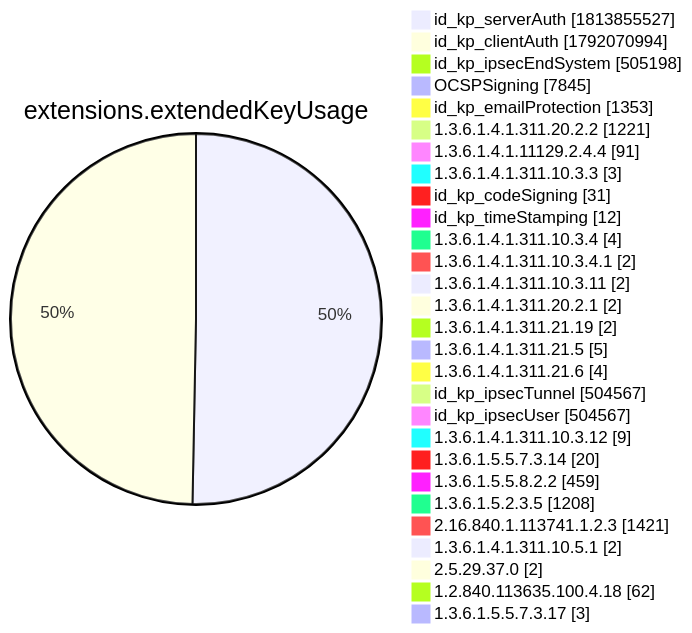
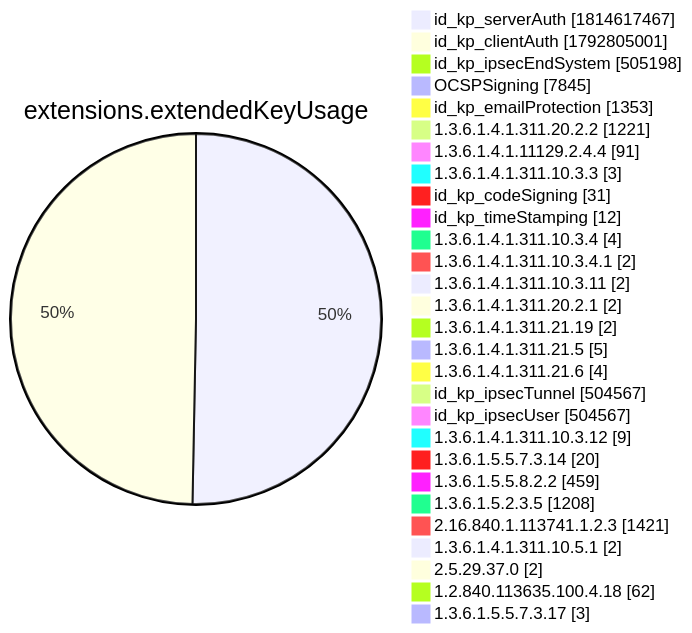
Diagram 12 of 15 in xenon2022/README.md (christiankrug/ctmonitor_visualization), drawn with Mermaid before and after one commit. The commit also changed other lines of this file, not shown here.

````diff
--- a/xenon2022/README.md
+++ b/xenon2022/README.md
@@ -3895,32 +3895,32 @@
 ```mermaid
 pie showData
 title extensions.extendedKeyUsage
-"id_kp_serverAuth" :1813855527
-"id_kp_clientAuth" :1792070994
+"id_kp_serverAuth" :1814617467
+"id_kp_clientAuth" :1792805001
 "id_kp_ipsecEndSystem" :505198
 "OCSPSigning" :7845
 "id_kp_emailProtection" :1353
 "1.3.6.1.4.1.311.20.2.2" :1221
 "1.3.6.1.4.1.11129.2.4.4" :91
 "1.3.6.1.4.1.311.10.3.3" :3
 "id_kp_codeSigning" :31
 "id_kp_timeStamping" :12
 "1.3.6.1.4.1.311.10.3.4" :4
 "1.3.6.1.4.1.311.10.3.4.1" :2
 "1.3.6.1.4.1.311.10.3.11" :2
 "1.3.6.1.4.1.311.20.2.1" :2
 "1.3.6.1.4.1.311.21.19" :2
 "1.3.6.1.4.1.311.21.5" :5
 "1.3.6.1.4.1.311.21.6" :4
 "id_kp_ipsecTunnel" :504567
 "id_kp_ipsecUser" :504567
 "1.3.6.1.4.1.311.10.3.12" :9
 "1.3.6.1.5.5.7.3.14" :20
 "1.3.6.1.5.5.8.2.2" :459
 "1.3.6.1.5.2.3.5" :1208
 "2.16.840.1.113741.1.2.3" :1421
 "1.3.6.1.4.1.311.10.5.1" :2
 "2.5.29.37.0" :2
 "1.2.840.113635.100.4.18" :62
 "1.3.6.1.5.5.7.3.17" :3
 ```
````
